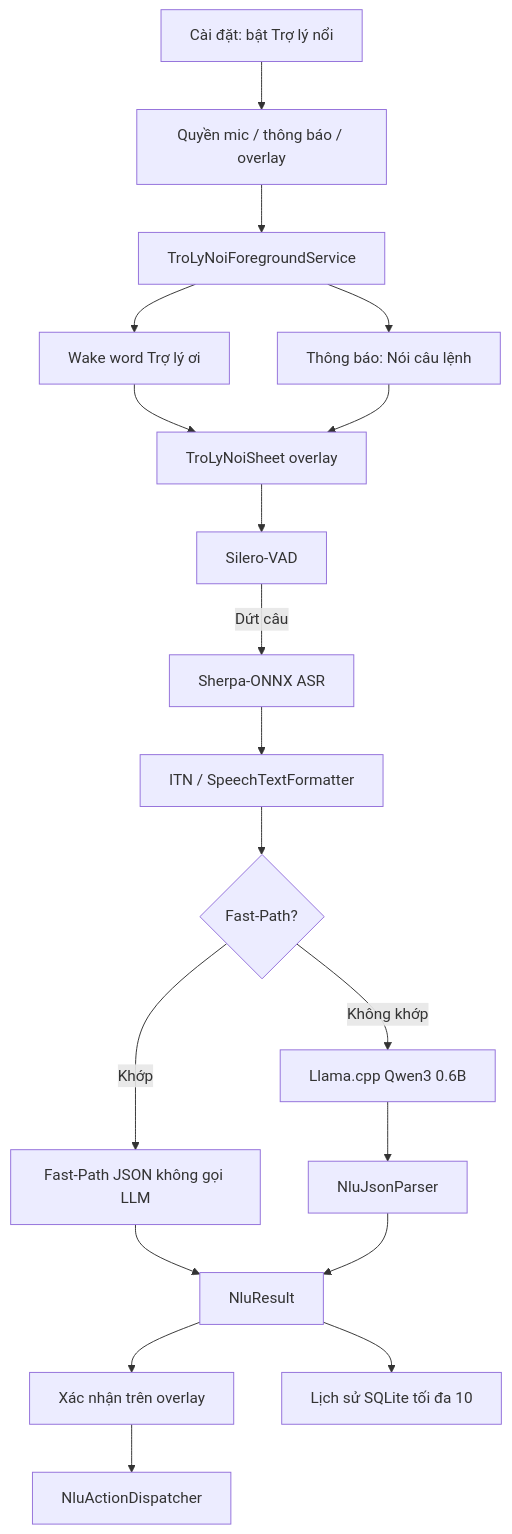
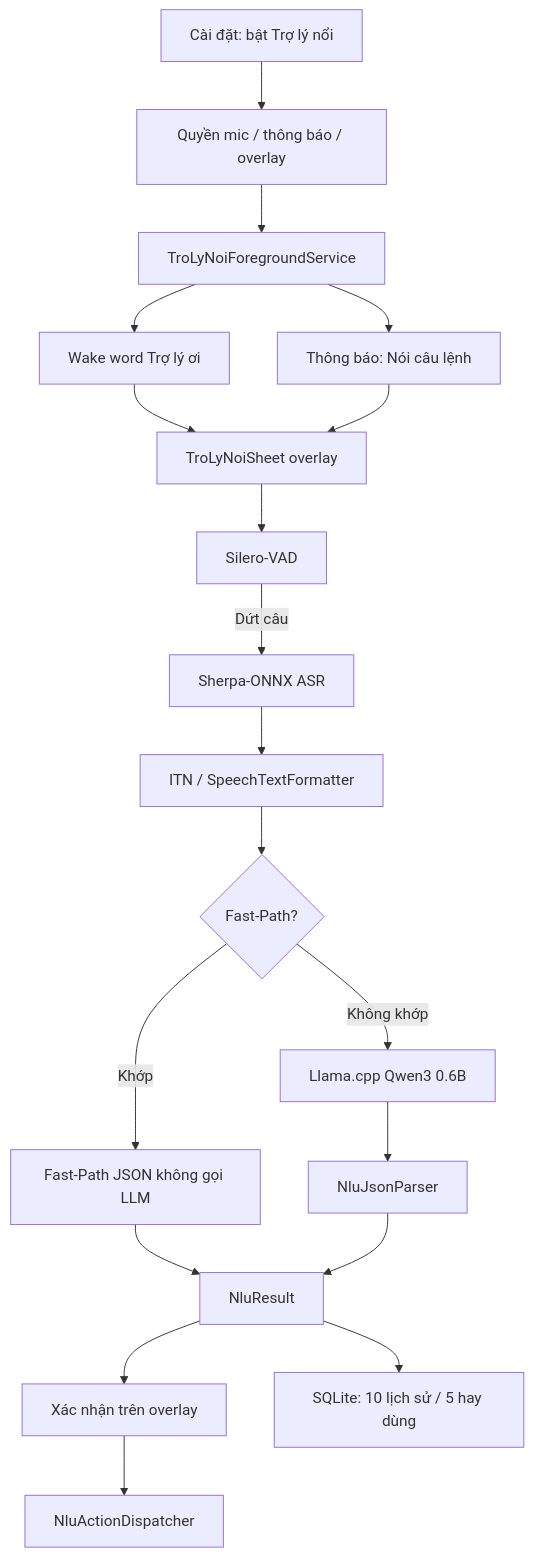
Before and after one commit to tuanhdevvn/ViDroidCall-Studio: the second of 2 diagrams in README.md, drawn with Mermaid. The commit also changed other lines of this file and 11 other files, not shown here.

````diff
--- a/README.md
+++ b/README.md
@@ -171,21 +171,21 @@
 ```mermaid
 flowchart TD
     S["Cài đặt: bật Trợ lý nổi"] --> P["Quyền mic / thông báo / overlay"]
     P --> FS["TroLyNoiForegroundService"]
     FS --> W["Wake word Trợ lý ơi"]
     FS --> N["Thông báo: Nói câu lệnh"]
     W --> OV["TroLyNoiSheet overlay"]
     N --> OV
     OV --> B["Silero-VAD"]
     B -->|"Dứt câu"| C["Sherpa-ONNX ASR"]
     C --> D["ITN / SpeechTextFormatter"]
     D --> E{"Fast-Path?"}
     E -- "Khớp" --> F["Fast-Path JSON không gọi LLM"]
     E -- "Không khớp" --> I["Llama.cpp Qwen3 0.6B"]
     I --> J["NluJsonParser"]
     F --> L["NluResult"]
     J --> L
     L --> OX["Xác nhận trên overlay"]
-    L --> HIS["Lịch sử SQLite tối đa 10"]
+    L --> HIS["SQLite: 10 lịch sử / 5 hay dùng"]
     OX --> DIS["NluActionDispatcher"]
 ```
````
